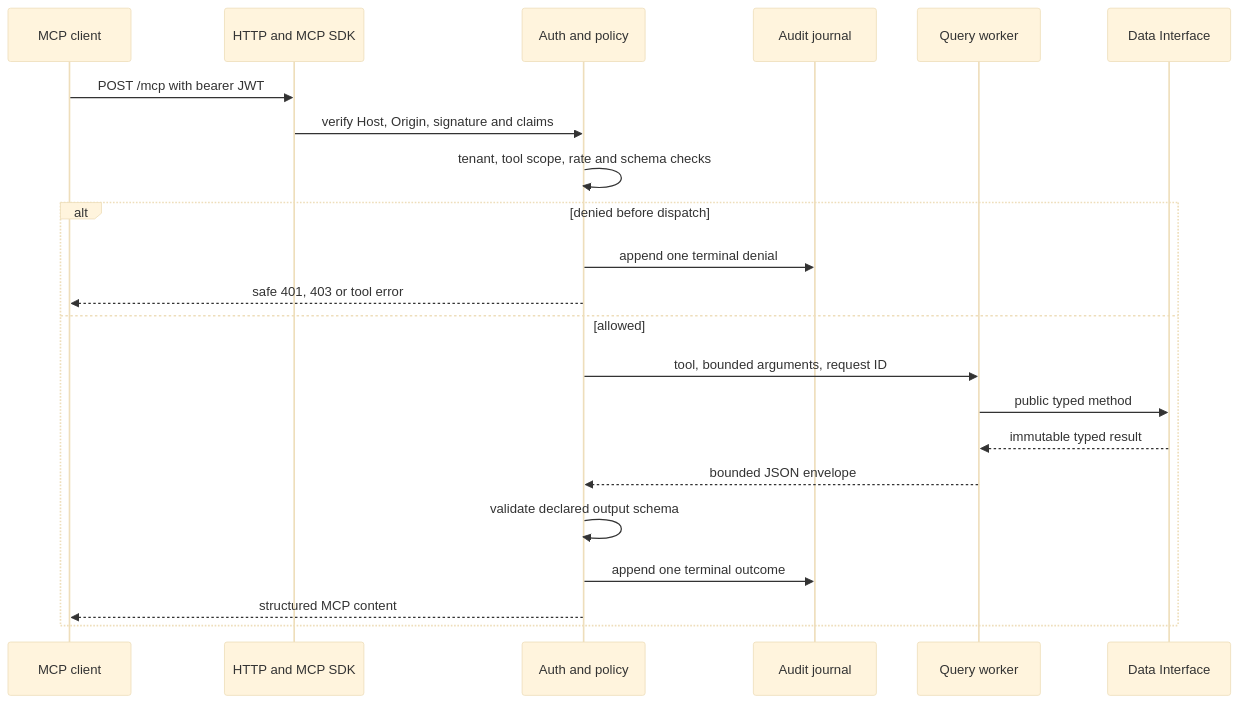
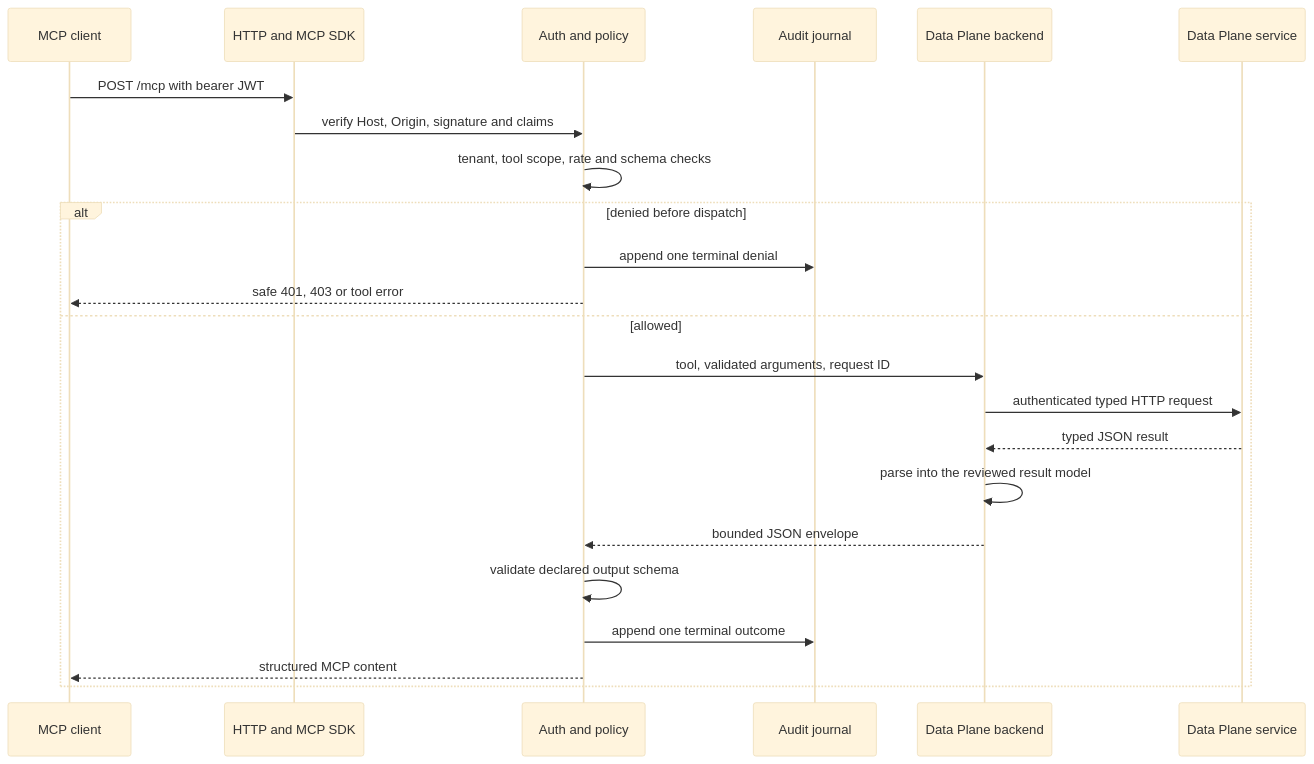
The second of 5 diagrams in docs/explanation/architecture.md (SiddarthaKoppaka/stram_quant_mcp), drawn with Mermaid (base theme) before and after one commit. The commit also changed other lines of this file and 9 other files, not shown here.

First line of the commit message:
docs: describe the HTTP Data Plane gateway and error model

````diff
--- a/docs/explanation/architecture.md
+++ b/docs/explanation/architecture.md
@@ -43,24 +53,25 @@
 ```mermaid
 sequenceDiagram
     participant C as MCP client
     participant H as HTTP and MCP SDK
     participant A as Auth and policy
     participant J as Audit journal
-    participant W as Query worker
-    participant D as Data Interface
+    participant W as Data Plane backend
+    participant D as Data Plane service
     C->>H: POST /mcp with bearer JWT
     H->>A: verify Host, Origin, signature and claims
     A->>A: tenant, tool scope, rate and schema checks
     alt denied before dispatch
         A->>J: append one terminal denial
         A-->>C: safe 401, 403 or tool error
     else allowed
-        A->>W: tool, bounded arguments, request ID
-        W->>D: public typed method
-        D-->>W: immutable typed result
+        A->>W: tool, validated arguments, request ID
+        W->>D: authenticated typed HTTP request
+        D-->>W: typed JSON result
+        W->>W: parse into the reviewed result model
         W-->>A: bounded JSON envelope
         A->>A: validate declared output schema
         A->>J: append one terminal outcome
         A-->>C: structured MCP content
     end
 ```
````
